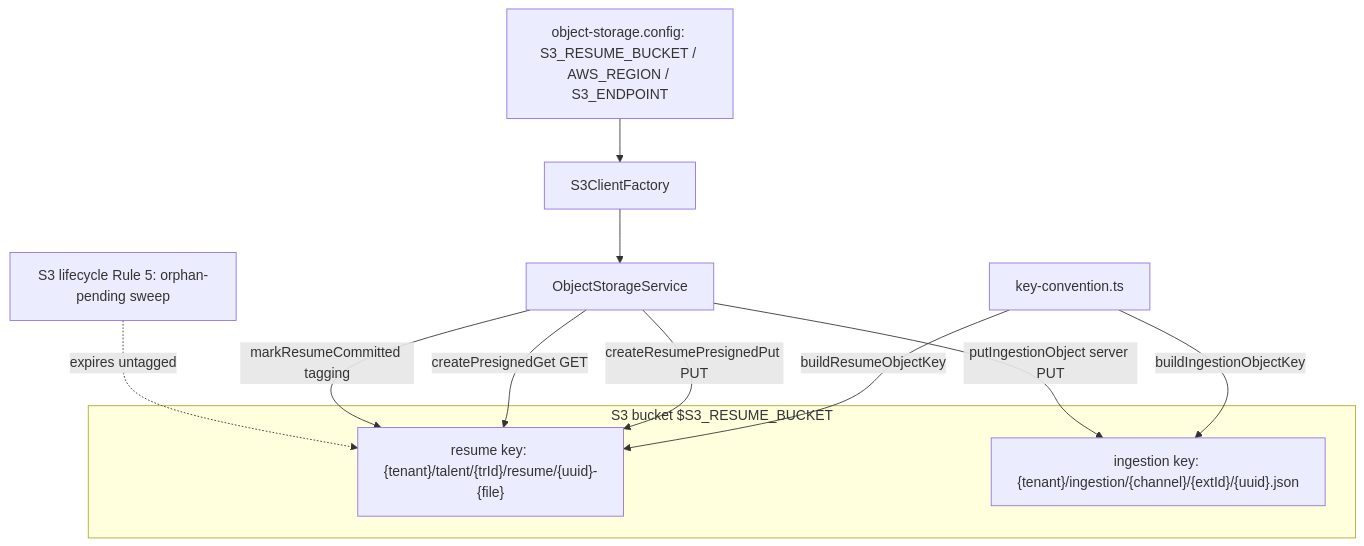
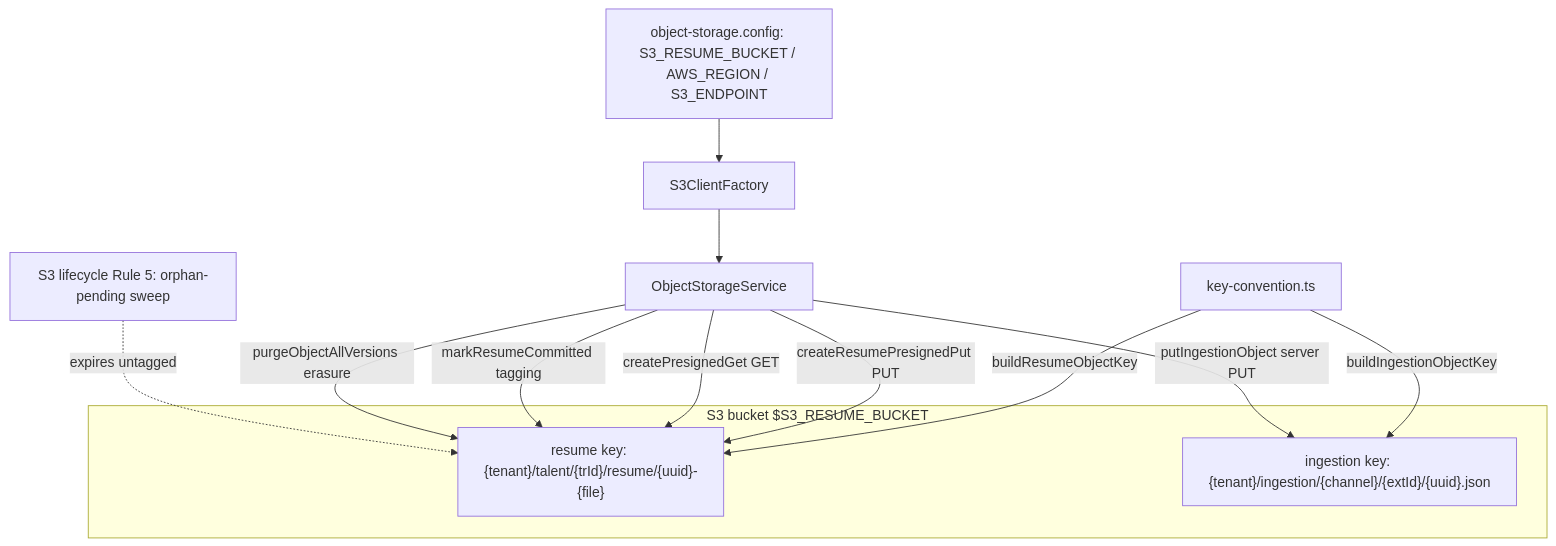
One commit to astreinc/aramo-platform changed the fourth of 5 diagrams in doc/recon/as-built/D12-sourcing-ingestion-import.md. Above: the diagram before and after it, drawn with Mermaid. The commit also changed other lines of this file and 59 other files, not shown here.

````diff
--- a/doc/recon/as-built/D12-sourcing-ingestion-import.md
+++ b/doc/recon/as-built/D12-sourcing-ingestion-import.md
@@ -200,16 +267,17 @@
 ```mermaid
 flowchart TD
     subgraph S3[S3 bucket $S3_RESUME_BUCKET]
       RK["resume key: {tenant}/talent/{trId}/resume/{uuid}-{file}"]
       IK["ingestion key: {tenant}/ingestion/{channel}/{extId}/{uuid}.json"]
     end
     KC[key-convention.ts] -->|buildResumeObjectKey| RK
     KC -->|buildIngestionObjectKey| IK
     OSS[ObjectStorageService] -->|createResumePresignedPut PUT| RK
     OSS -->|createPresignedGet GET| RK
     OSS -->|putIngestionObject server PUT| IK
     OSS -->|markResumeCommitted tagging| RK
+    OSS -->|purgeObjectAllVersions erasure| RK
     LC["S3 lifecycle Rule 5: orphan-pending sweep"] -.->|expires untagged| RK
     S3F[S3ClientFactory] --> OSS
     CFG["object-storage.config: S3_RESUME_BUCKET / AWS_REGION / S3_ENDPOINT"] --> S3F
 ```
````
